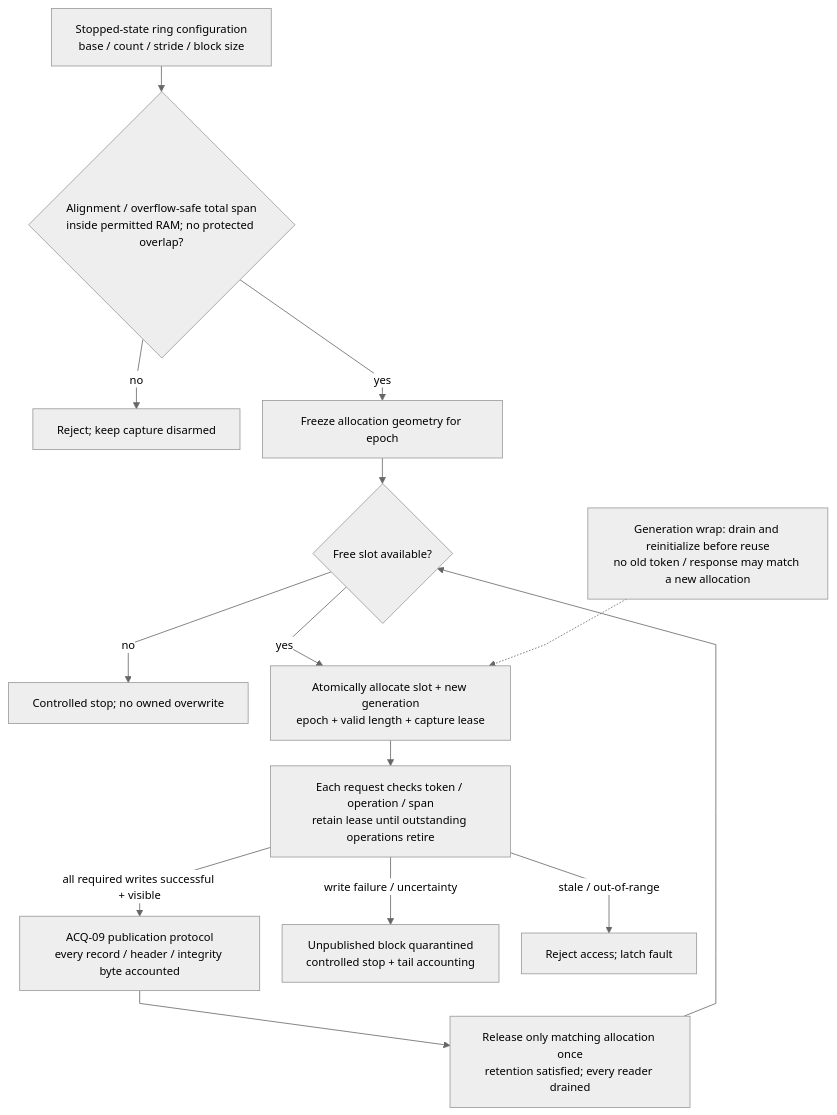
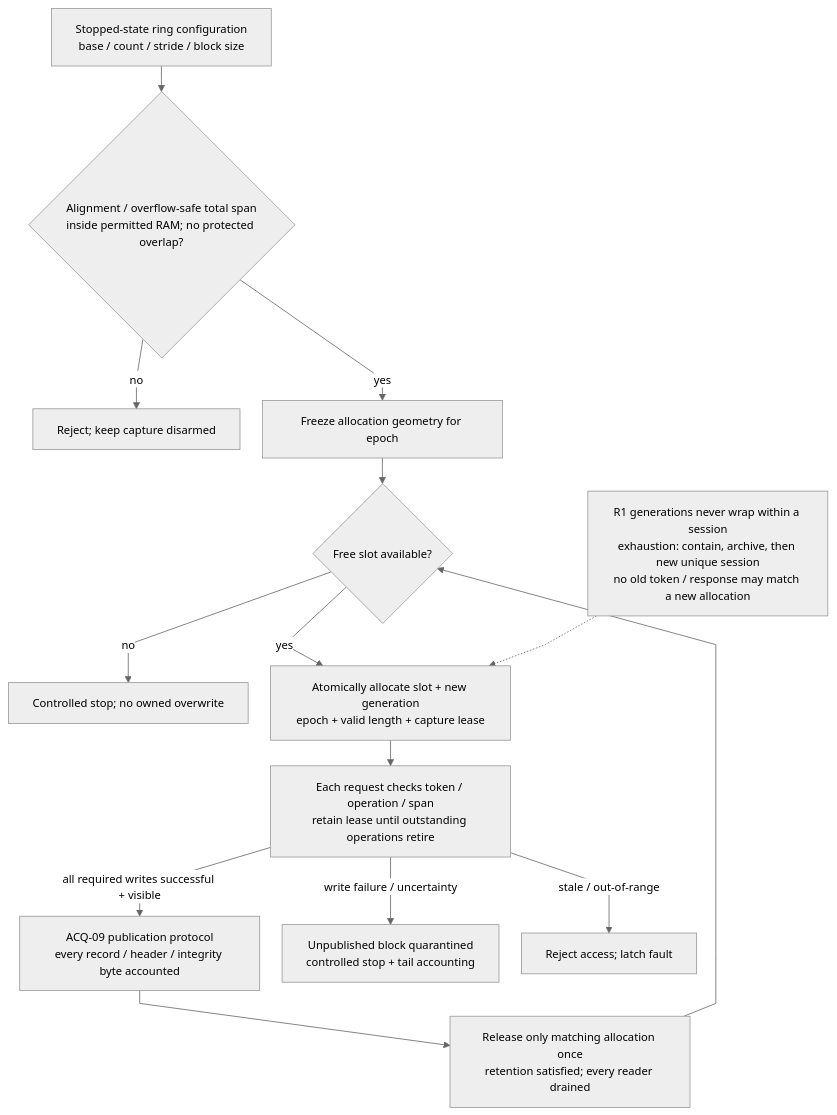
Diagram 13 of 29 in microcontroller/memory/README.md (baolgn/DRG-pain-project), drawn with Mermaid before and after one commit. The commit also changed other lines of this file and 67 other files, not shown here.

````diff
--- a/microcontroller/memory/README.md
+++ b/microcontroller/memory/README.md
@@ -275,17 +278,17 @@
 ```mermaid
 %%{init: {"theme":"neutral","fontFamily":"Arial,sans-serif","themeVariables":{"fontFamily":"Arial,sans-serif","fontSize":"14px"},"flowchart":{"htmlLabels":true,"minNodeWidth":0,"wrappingWidth":240,"nodeSpacing":28,"rankSpacing":32,"curve":"linear"}}}%%
 flowchart TB
     CFG["Stopped-state ring configuration<br/>base / count / stride / block size"] --> CHECK{"Alignment / overflow-safe total span<br/>inside permitted RAM; no protected overlap?"}
     CHECK -->|"no"| FAIL["Reject; keep capture disarmed"]
     CHECK -->|"yes"| FREEZE["Freeze allocation geometry for epoch"]
     FREEZE --> FREE{"Free slot available?"}
     FREE -->|"no"| STOP["Controlled stop; no owned overwrite"]
     FREE -->|"yes"| ALLOC["Atomically allocate slot + new generation<br/>epoch + valid length + capture lease"]
     ALLOC --> ACCESS["Each request checks token / operation / span<br/>retain lease until outstanding operations retire"]
     ACCESS -->|"all required writes successful + visible"| PUB["ACQ-09 publication protocol<br/>every record / header / integrity byte accounted"]
     ACCESS -->|"write failure / uncertainty"| QUAR["Unpublished block quarantined<br/>controlled stop + tail accounting"]
     ACCESS -->|"stale / out-of-range"| ERR["Reject access; latch fault"]
     PUB --> RELEASE["Release only matching allocation once<br/>retention satisfied; every reader drained"]
     RELEASE --> FREE
-    GEN["Generation wrap: drain and reinitialize before reuse<br/>no old token / response may match a new allocation"] -.-> ALLOC
+    GEN["R1 generations never wrap within a session<br/>exhaustion: contain, archive, then new unique session<br/>no old token / response may match a new allocation"] -.-> ALLOC
 ```
````
